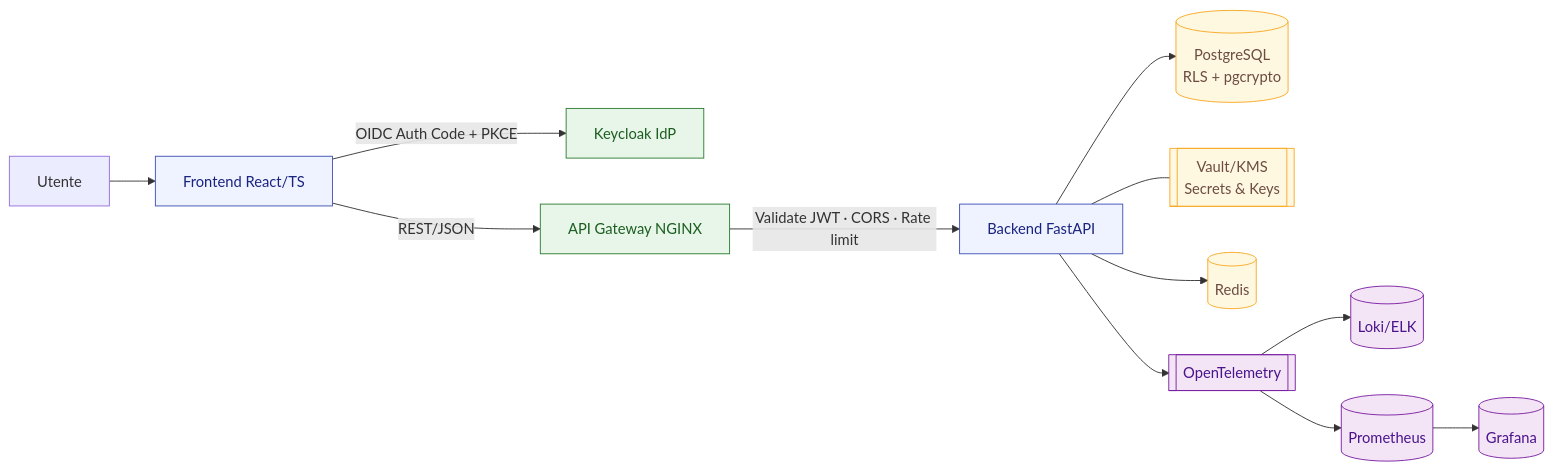
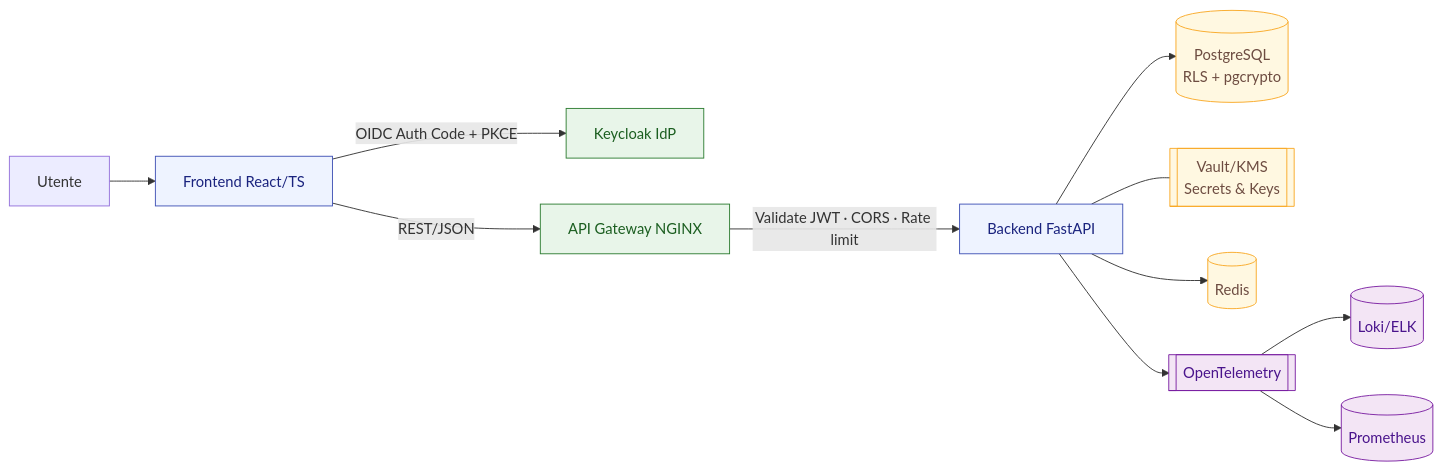
Before and after one commit to aturino22/thesis-project: the diagram in README_Fintech_Thesis.md, drawn with Mermaid. The commit also changed other lines of this file and 1 other file, not shown here.

````diff
--- a/README_Fintech_Thesis.md
+++ b/README_Fintech_Thesis.md
@@ -22,19 +22,18 @@
 ```mermaid
 flowchart LR
   classDef sec fill:#e8f5e9,stroke:#2e7d32,color:#1b5e20
   classDef comp fill:#eef3ff,stroke:#3f51b5,color:#1a237e
   classDef data fill:#fff8e1,stroke:#f9a825,color:#6d4c41
   classDef obs fill:#f3e5f5,stroke:#7b1fa2,color:#4a148c
 
   U[Utente] --> FE[Frontend React/TS]:::comp
   FE -->|OIDC Auth Code + PKCE| KC[Keycloak IdP]:::sec
   FE -->|REST/JSON| GW[API Gateway NGINX]:::sec
   GW -->|Validate JWT · CORS · Rate limit| BE[Backend FastAPI]:::comp
   BE --> DB[(PostgreSQL\nRLS + pgcrypto)]:::data
   BE --- VAULT[[Vault/KMS\nSecrets & Keys]]:::data
   BE --> CACHE[(Redis)]:::data
   BE --> OTEL[[OpenTelemetry]]:::obs
   OTEL --> LOGS[(Loki/ELK)]:::obs
   OTEL --> METRICS[(Prometheus)]:::obs
-  METRICS --> GRAF[(Grafana)]:::obs
 ```
````
